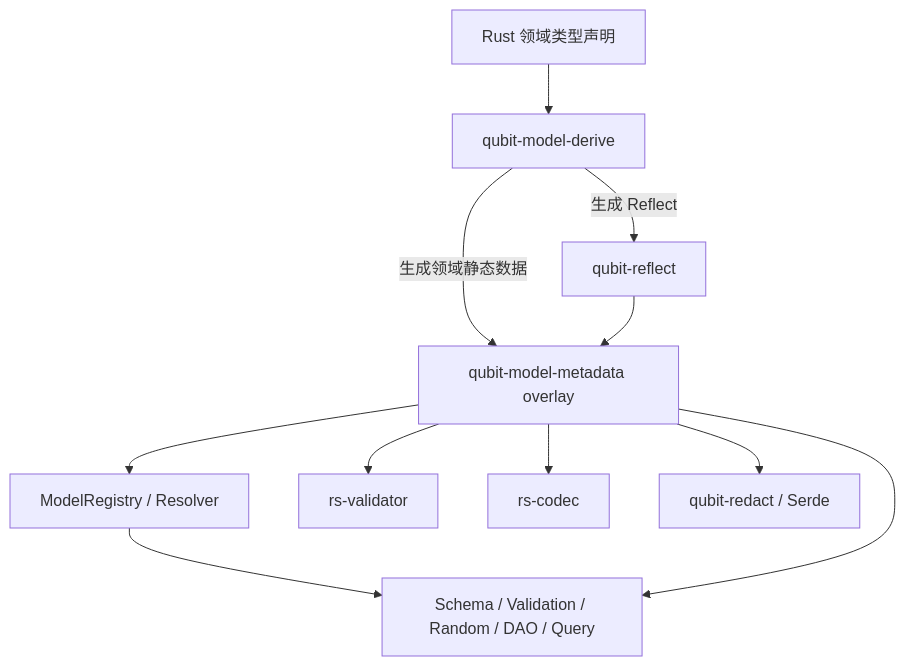
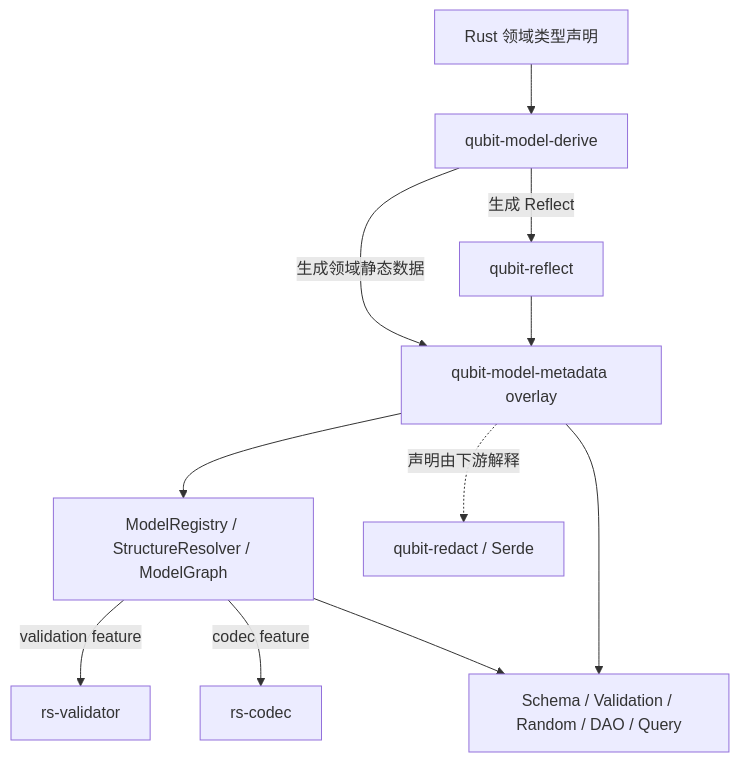
One commit to qubit-ltd/rs-model-metadata changed the diagram in derive/doc/rs-model-derive-requirements.zh_CN.md. Above: the diagram before and after it, drawn with Mermaid. The commit also changed other lines of this file and 3 other files, not shown here.

Commit message:
docs(metadata): align architecture specifications with ABI v5

````diff
--- a/derive/doc/rs-model-derive-requirements.zh_CN.md
+++ b/derive/doc/rs-model-derive-requirements.zh_CN.md
@@ -50,23 +51,23 @@
 ```mermaid
 flowchart TD
     Source[Rust 领域类型声明]
     Derive[qubit-model-derive]
     Reflect[qubit-reflect]
     Metadata[qubit-model-metadata overlay]
-    Registry[ModelRegistry / Resolver]
+    Registry[ModelRegistry / StructureResolver / ModelGraph]
     Validator[rs-validator]
     Codec[rs-codec]
     Redact[qubit-redact / Serde]
     Consumers[Schema / Validation / Random / DAO / Query]
 
     Source --> Derive
     Derive -->|生成 Reflect| Reflect
     Derive -->|生成领域静态数据| Metadata
     Reflect --> Metadata
     Metadata --> Registry
-    Metadata --> Validator
-    Metadata --> Codec
-    Metadata --> Redact
+    Registry -->|validation feature| Validator
+    Registry -->|codec feature| Codec
+    Metadata -.声明由下游解释.-> Redact
     Registry --> Consumers
     Metadata --> Consumers
 ```
````
